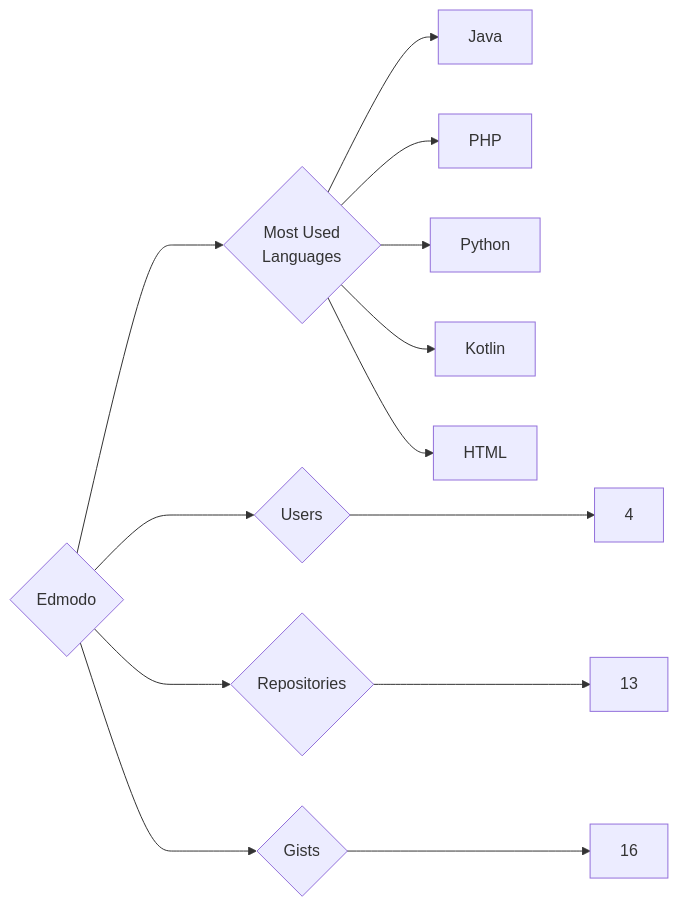
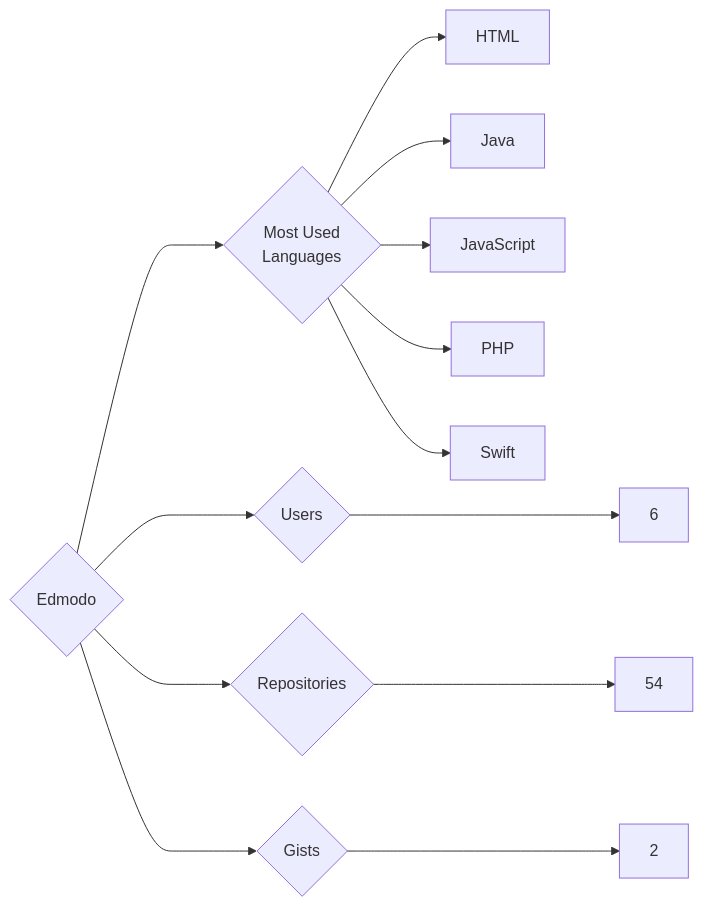
Before and after one commit to trickest/insiders: the diagram in targets/Edmodo/README.md, drawn with Mermaid. The commit also changed 1030 other files, not shown here.

````diff
--- a/targets/Edmodo/README.md
+++ b/targets/Edmodo/README.md
@@ -3,13 +3,13 @@
 ```mermaid
 graph LR
 COMPANY_NAME{Edmodo}
-COMPANY_NAME ---> U{Users} ---> UN[4]
-COMPANY_NAME ---> R{Repositories} ---> RN[13]
-COMPANY_NAME ---> G{Gists} ---> GN[16]
+COMPANY_NAME ---> U{Users} ---> UN[6]
+COMPANY_NAME ---> R{Repositories} ---> RN[54]
+COMPANY_NAME ---> G{Gists} ---> GN[2]
 COMPANY_NAME ---> ML{Most Used<br>Languages}
+ML --> HTML[HTML]
 ML --> Java[Java]
+ML --> JavaScript[JavaScript]
 ML --> PHP[PHP]
-ML --> Python[Python]
-ML --> Kotlin[Kotlin]
-ML --> HTML[HTML]
+ML --> Swift[Swift]
 ```
````
